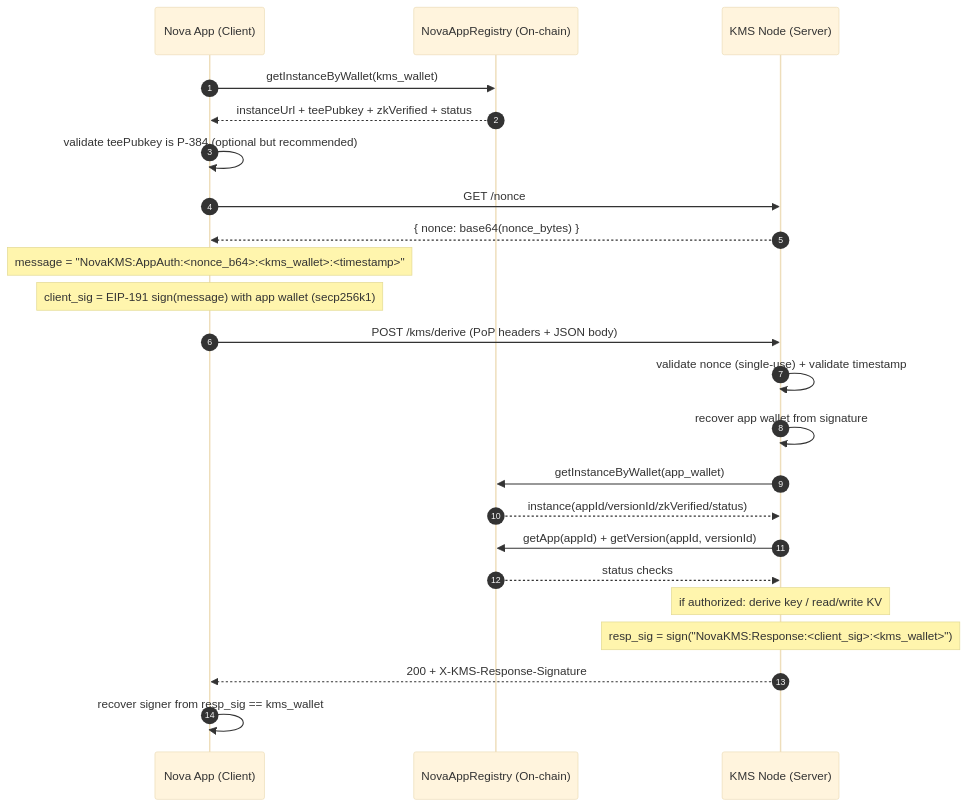
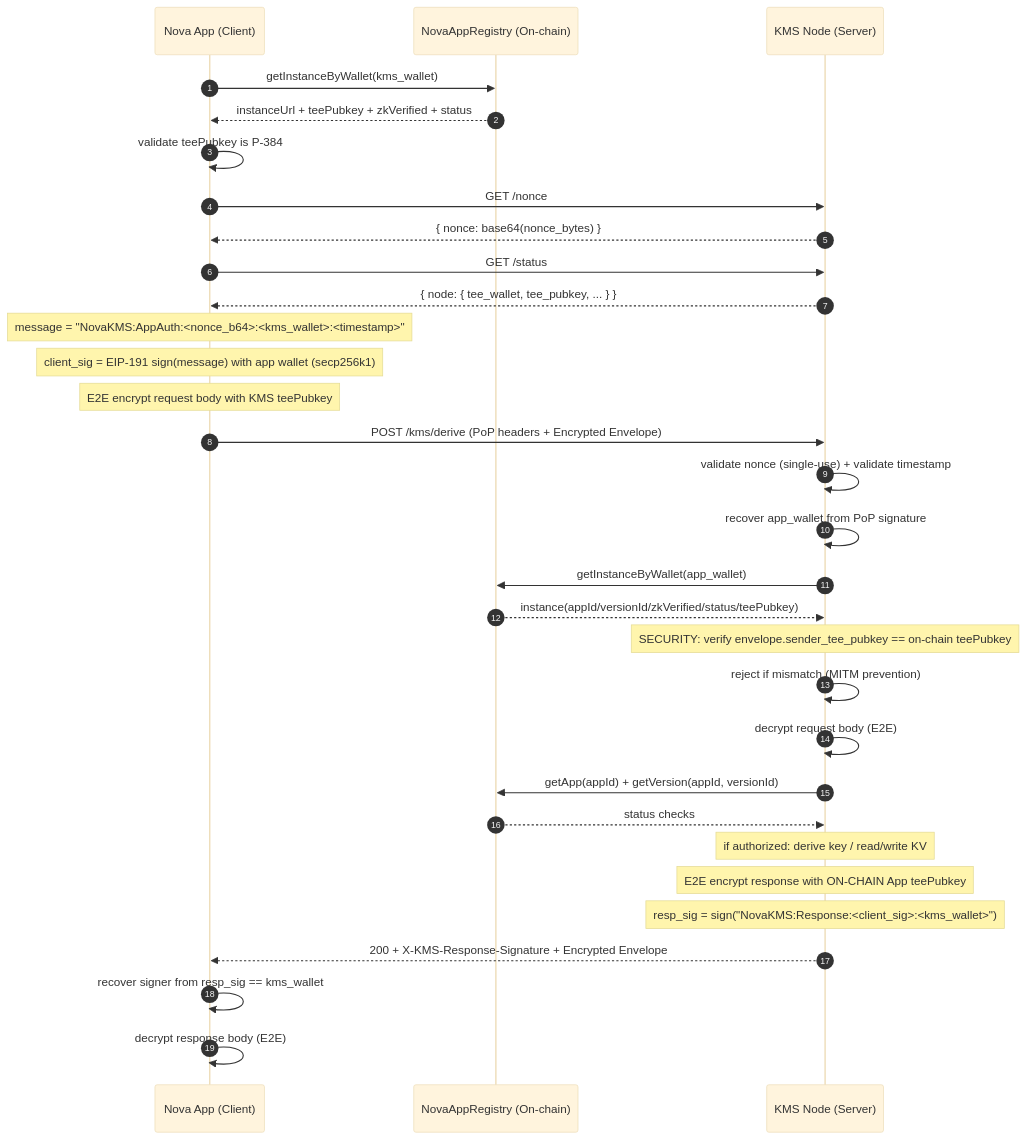
One commit to sparsity-xyz/nova-kms changed the first of 2 diagrams in docs/app-to-kms-connection.md. Above: the diagram before and after it, drawn with Mermaid (base theme). The commit also changed other lines of this file and 11 other files, not shown here.

````diff
--- a/docs/app-to-kms-connection.md
+++ b/docs/app-to-kms-connection.md
@@ -107,32 +108,43 @@
 ```mermaid
 sequenceDiagram
   autonumber
   participant App as Nova App (Client)
   participant Chain as NovaAppRegistry (On-chain)
   participant KMS as KMS Node (Server)
 
   App->>Chain: getInstanceByWallet(kms_wallet)
   Chain-->>App: instanceUrl + teePubkey + zkVerified + status
-  App->>App: validate teePubkey is P-384 (optional but recommended)
+  App->>App: validate teePubkey is P-384
 
   App->>KMS: GET /nonce
   KMS-->>App: { nonce: base64(nonce_bytes) }
 
+  App->>KMS: GET /status
+  KMS-->>App: { node: { tee_wallet, tee_pubkey, ... } }
+
   Note over App: message = "NovaKMS:AppAuth:<nonce_b64>:<kms_wallet>:<timestamp>"
   Note over App: client_sig = EIP-191 sign(message) with app wallet (secp256k1)
+  Note over App: E2E encrypt request body with KMS teePubkey
 
-  App->>KMS: POST /kms/derive (PoP headers + JSON body)
+  App->>KMS: POST /kms/derive (PoP headers + Encrypted Envelope)
 
   KMS->>KMS: validate nonce (single-use) + validate timestamp
-  KMS->>KMS: recover app wallet from signature
+  KMS->>KMS: recover app_wallet from PoP signature
   KMS->>Chain: getInstanceByWallet(app_wallet)
-  Chain-->>KMS: instance(appId/versionId/zkVerified/status)
+  Chain-->>KMS: instance(appId/versionId/zkVerified/status/teePubkey)
+  
+  Note over KMS: SECURITY: verify envelope.sender_tee_pubkey == on-chain teePubkey
+  KMS->>KMS: reject if mismatch (MITM prevention)
+  
+  KMS->>KMS: decrypt request body (E2E)
   KMS->>Chain: getApp(appId) + getVersion(appId, versionId)
   Chain-->>KMS: status checks
 
   Note over KMS: if authorized: derive key / read/write KV
+  Note over KMS: E2E encrypt response with ON-CHAIN App teePubkey
   Note over KMS: resp_sig = sign("NovaKMS:Response:<client_sig>:<kms_wallet>")
 
-  KMS-->>App: 200 + X-KMS-Response-Signature
+  KMS-->>App: 200 + X-KMS-Response-Signature + Encrypted Envelope
   App->>App: recover signer from resp_sig == kms_wallet
+  App->>App: decrypt response body (E2E)
 ```
````
